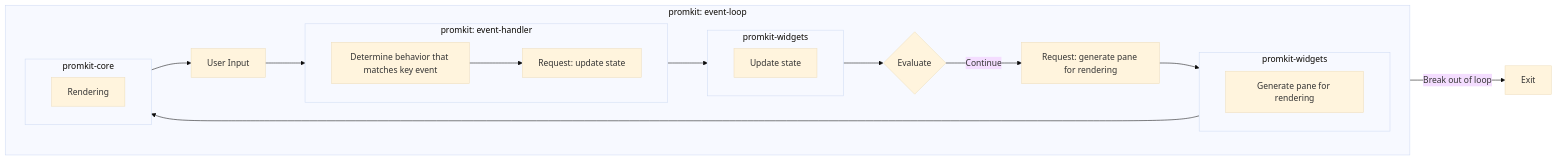
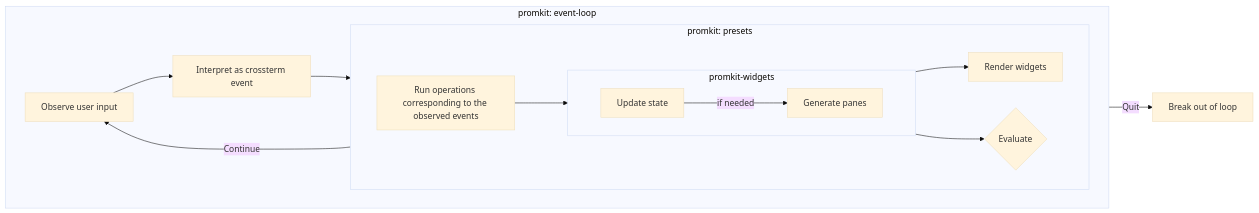
Before and after one commit to ynqa/promkit: the diagram in Concept.md, drawn with Mermaid (base theme).

Commit message:
docs: update diagram

````diff
--- a/Concept.md
+++ b/Concept.md
@@ -69,37 +69,25 @@
 ```mermaid
 flowchart LR
     subgraph promkit["promkit: event-loop"]
         direction LR
-        A[User Input] --> L[Determine behavior that matches key event]
+        A[Observe user input] --> B
+        B[Interpret as crossterm event] --> C
 
-        subgraph B_event["promkit: event-handler"]
+        subgraph presets["promkit: presets"]
             direction LR
-            L[Determine behavior that matches key event] --> D[Request: update state]
+            C[Run operations corresponding to the observed events] --> D[Update state]
+
+            subgraph widgets["promkit-widgets"]
+                direction LR
+                D[Update state] --> |if needed| Y[Generate panes]
+            end
+
+            Y --> Z[Render widgets]
+            D --> E{Evaluate}
         end
 
-        D --> F[Update state]
-
-        subgraph update_state["promkit-widgets"]
-            direction LR
-            F[Update state]
-        end
-
-        F --> C{Evaluate}
-        C -->|Continue| G[Request: generate pane for rendering]
-        G[Request: generate pane for rendering] --> output_pane
-        
-        subgraph gen_pane["promkit-widgets"]
-            direction LR
-            output_pane[Generate pane for rendering]
-        end
-
-        subgraph promkit_core["promkit-core"]
-            direction LR
-            output_pane --> H[Rendering]
-        end
-
-        H --> A
+        E -->|Continue| A
     end
 
-    C -->|Break out of loop| E[Exit]
+    E -->|Quit| F[Break out of loop]
 ```
````
